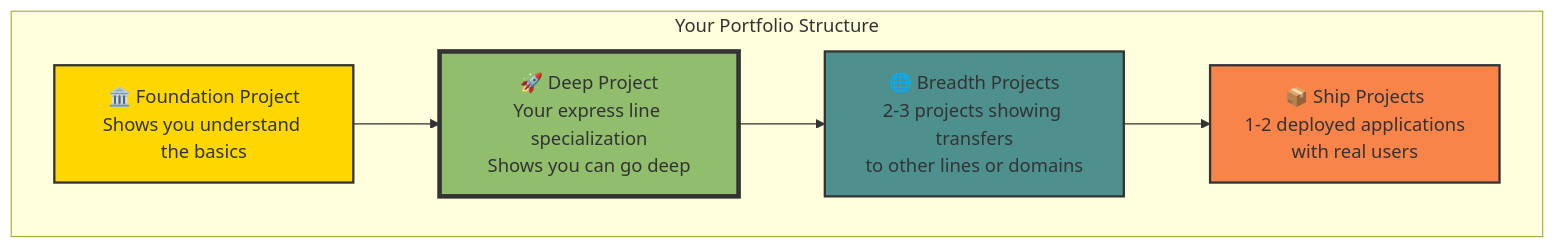
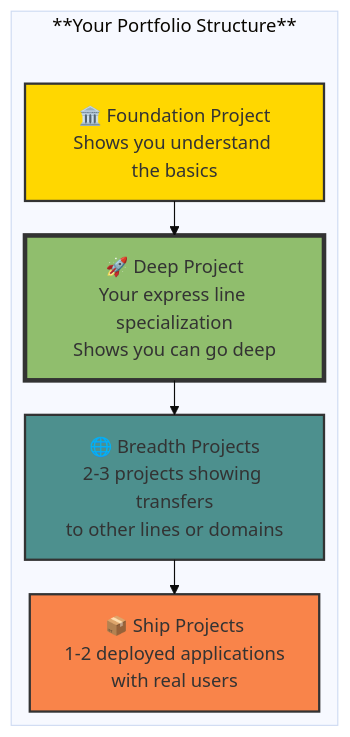
Before and after one commit to Vineet-Sharma-Medium-Stories/Medium-Build-Tool: the second of 5 diagrams in The 2026 AI Metromap/The 2026 AI Metromap: From Passenger to Driver.md, drawn with Mermaid. The commit also changed other lines of this file and 37 other files, not shown here.

````diff
--- a/The 2026 AI Metromap/The 2026 AI Metromap: From Passenger to Driver.md
+++ b/The 2026 AI Metromap/The 2026 AI Metromap: From Passenger to Driver.md
@@ -97,17 +102,22 @@
 ```mermaid
+---
+config:
+  theme: base
+  layout: elk
+---
 graph TD
-    subgraph "Your Portfolio Structure"
+    subgraph "**Your Portfolio Structure**"
         F[🏛️ Foundation Project<br/>Shows you understand the basics]
         
         F --> D[🚀 Deep Project<br/>Your express line specialization<br/>Shows you can go deep]
         
         D --> B[🌐 Breadth Projects<br/>2-3 projects showing transfers<br/>to other lines or domains]
         
         B --> S[📦 Ship Projects<br/>1-2 deployed applications<br/>with real users]
     end
     
     style F fill:#ffd700,stroke:#333,stroke-width:2px
     style D fill:#90be6d,stroke:#333,stroke-width:4px
     style B fill:#4d908e,stroke:#333,stroke-width:2px
     style S fill:#f9844a,stroke:#333,stroke-width:2px
 ```
````
